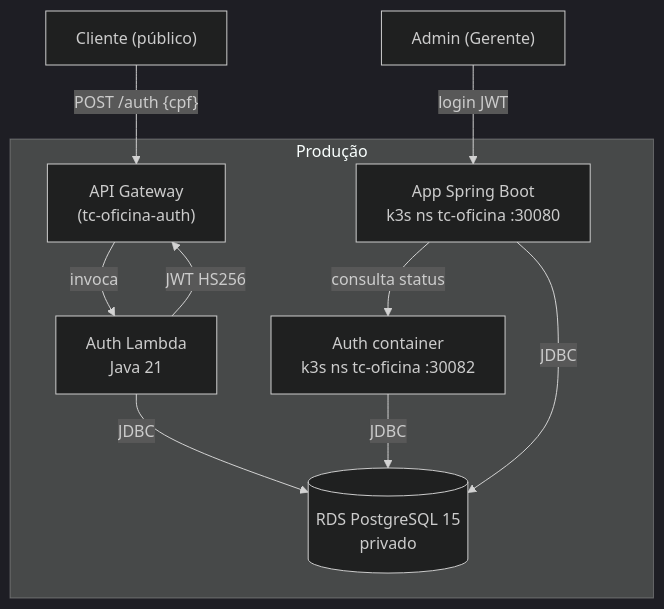
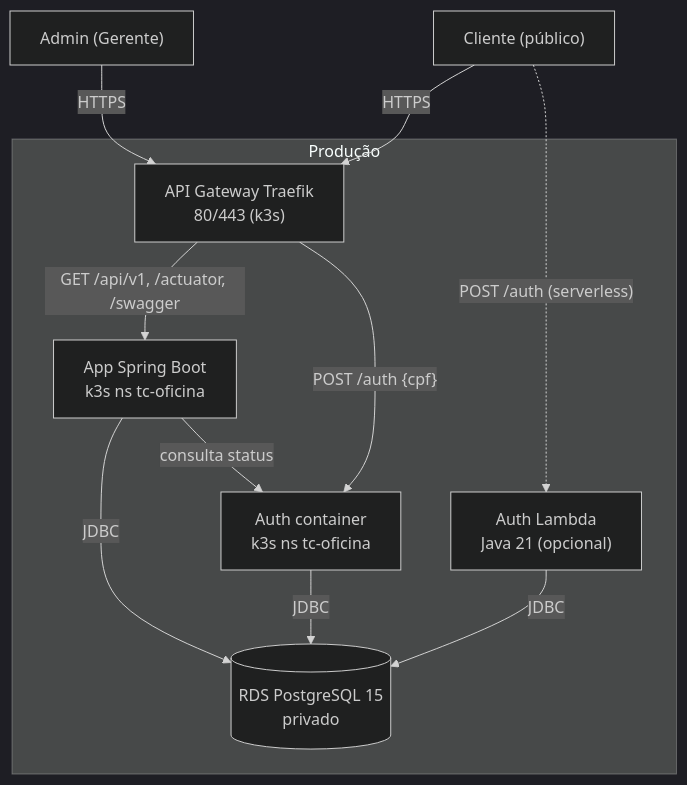
The first of 5 diagrams in docs/architecture.md (rtmaraujo/tc-oficina-app), drawn with Mermaid (dark theme) before and after one commit. The commit also changed other lines of this file and 4 other files, not shown here.

First line of the commit message:
feat(gateway): documenta API Gateway Traefik como unico ponto de entrada

````diff
--- a/docs/architecture.md
+++ b/docs/architecture.md
@@ -7,22 +7,23 @@
 ```mermaid
 flowchart TB
     ADMIN["Admin (Gerente)"]
     CLIENTE["Cliente (público)"]
 
     subgraph PROD["Produção"]
-        APPGW["API Gateway<br/>(tc-oficina-auth)"]
-        LAMBDA["Auth Lambda<br/>Java 21"]
-        K3S_APP["App Spring Boot<br/>k3s ns tc-oficina :30080"]
-        K3S_AUTH["Auth container<br/>k3s ns tc-oficina :30082"]
+        APPGW["API Gateway Traefik<br/>80/443 (k3s)"]
+        LAMBDA["Auth Lambda<br/>Java 21 (opcional)"]
+        K3S_APP["App Spring Boot<br/>k3s ns tc-oficina"]
+        K3S_AUTH["Auth container<br/>k3s ns tc-oficina"]
         RDS[(RDS PostgreSQL 15<br/>privado)]
     end
 
-    ADMIN -->|login JWT| K3S_APP
-    CLIENTE -->|"POST /auth {cpf}"| APPGW
-    APPGW -->|invoca| LAMBDA
+    ADMIN -->|HTTPS| APPGW
+    CLIENTE -->|HTTPS| APPGW
+    APPGW -->|"GET /api/v1, /actuator, /swagger"| K3S_APP
+    APPGW -->|"POST /auth {cpf}"| K3S_AUTH
+    CLIENTE -.->|"POST /auth (serverless)"| LAMBDA
     LAMBDA -->|JDBC| RDS
-    LAMBDA -->|JWT HS256| APPGW
     K3S_AUTH -->|JDBC| RDS
     K3S_APP -->|JDBC| RDS
     K3S_APP -->|consulta status| K3S_AUTH
 ```
````
